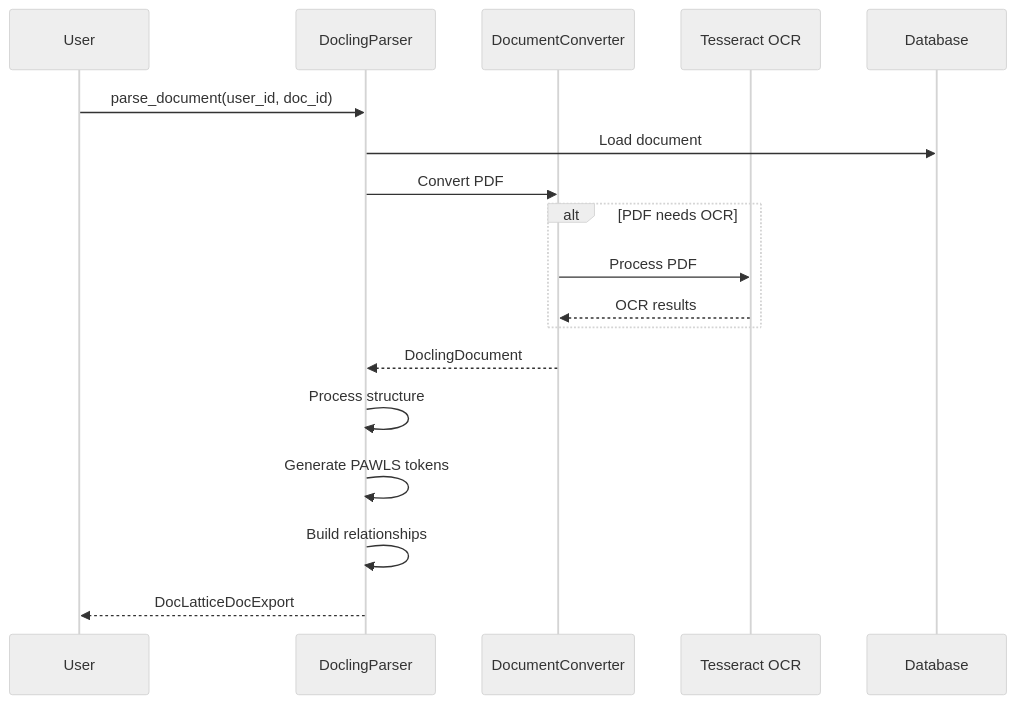
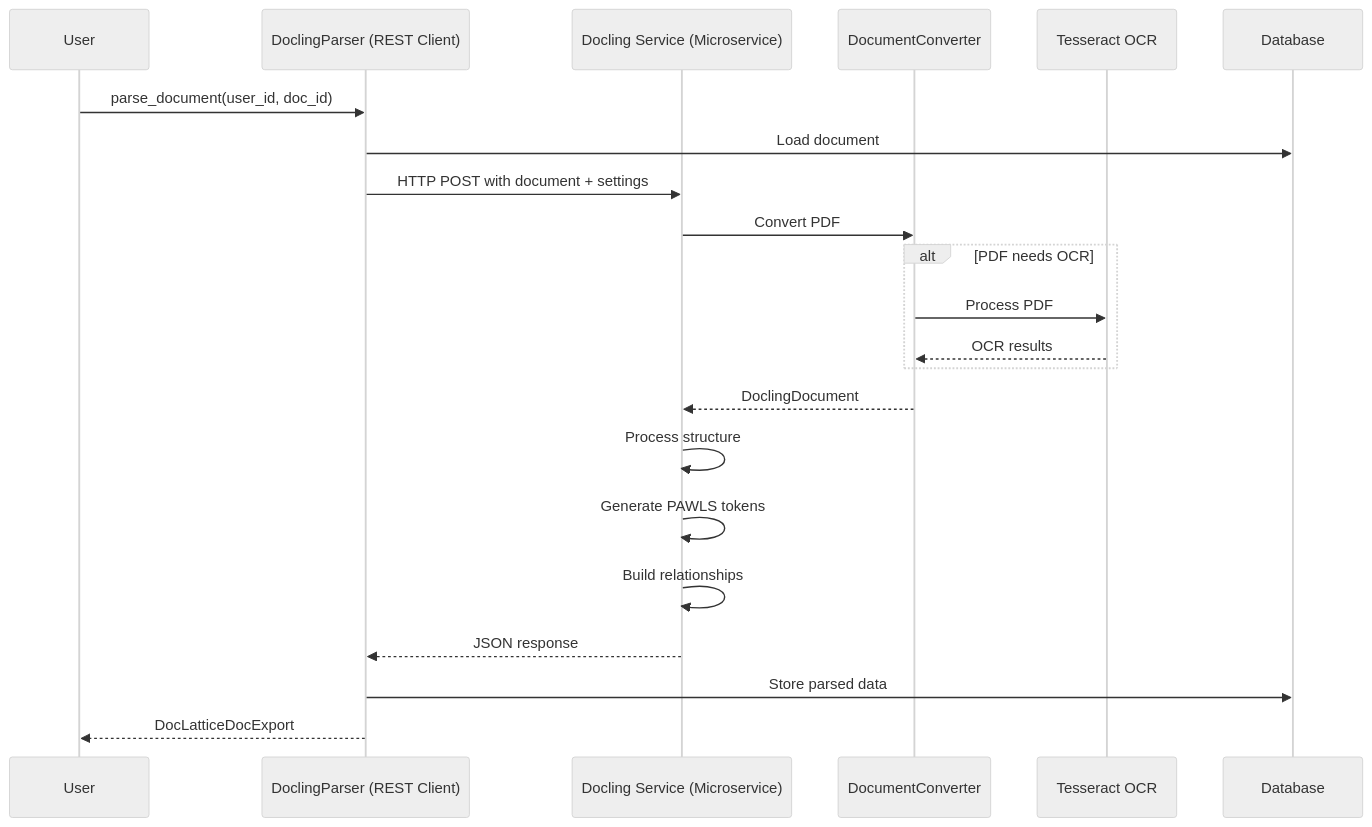
The diagram in docs/pipelines/docling_parser.md (angelo-lacson/DocLattice), drawn with Mermaid (neutral theme) before and after one commit. The commit also changed other lines of this file and 22 other files, not shown here.

````diff
--- a/docs/pipelines/docling_parser.md
+++ b/docs/pipelines/docling_parser.md
@@ -13,23 +13,27 @@
 ```mermaid
 sequenceDiagram
     participant U as User
-    participant D as DoclingParser
+    participant DP as DoclingParser (REST Client)
+    participant DS as Docling Service (Microservice)
     participant DC as DocumentConverter
     participant OCR as Tesseract OCR
     participant DB as Database
 
-    U->>D: parse_document(user_id, doc_id)
-    D->>DB: Load document
-    D->>DC: Convert PDF
+    U->>DP: parse_document(user_id, doc_id)
+    DP->>DB: Load document
+    DP->>DS: HTTP POST with document + settings
+    DS->>DC: Convert PDF
 
     alt PDF needs OCR
         DC->>OCR: Process PDF
         OCR-->>DC: OCR results
     end
 
-    DC-->>D: DoclingDocument
-    D->>D: Process structure
-    D->>D: Generate PAWLS tokens
-    D->>D: Build relationships
-    D-->>U: DocLatticeDocExport
+    DC-->>DS: DoclingDocument
+    DS->>DS: Process structure
+    DS->>DS: Generate PAWLS tokens
+    DS->>DS: Build relationships
+    DS-->>DP: JSON response
+    DP->>DB: Store parsed data
+    DP-->>U: DocLatticeDocExport
 ```
````
